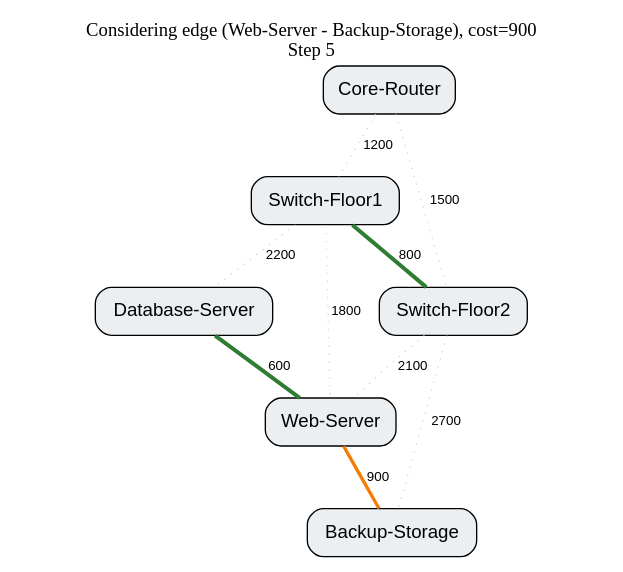
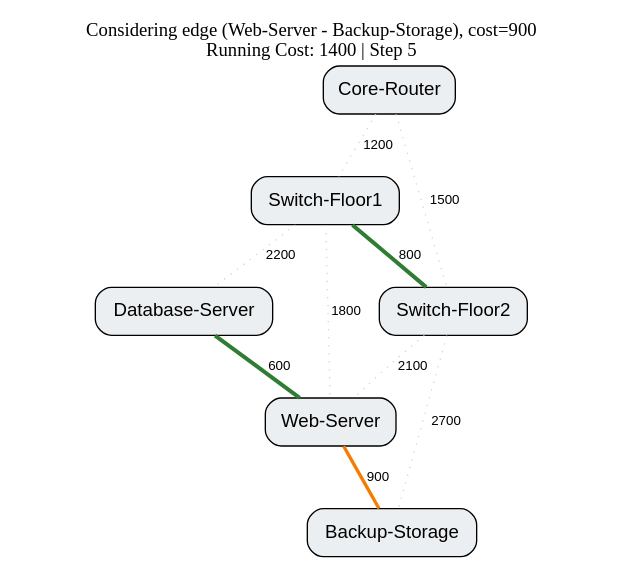
Before and after one commit to bariiqmalik/netopt: the diagram in docs/results/replay_frames/frame_005.dot, drawn with Graphviz. The commit also changed 64 other files, not shown here.

Commit message:
fix(replay): self-contained rendered HTML with graceful Graphviz fallback

```diff
--- a/docs/results/replay_frames/frame_005.dot
+++ b/docs/results/replay_frames/frame_005.dot
@@ -1,23 +1,23 @@
 graph Frame {
-  label="Considering edge (Web-Server - Backup-Storage), cost=900\nStep 5";
+  label="Considering edge (Web-Server - Backup-Storage), cost=900\nRunning Cost: 1400 | Step 5";
   labelloc="t";
   node [shape=box, style="filled,rounded", fillcolor="#ECEFF1", fontname="Helvetica"];
   edge [fontname="Helvetica", fontsize=10];
 
   1 [label="Core-Router"];
   2 [label="Switch-Floor1"];
   3 [label="Switch-Floor2"];
   4 [label="Database-Server"];
   5 [label="Web-Server"];
   6 [label="Backup-Storage"];
 
   1 -- 2 [label="1200", color="#CFD8DC", style="dotted"];
   1 -- 3 [label="1500", color="#CFD8DC", style="dotted"];
   2 -- 3 [label="800", color="#2E7D32", penwidth=3.0];
   2 -- 4 [label="2200", color="#CFD8DC", style="dotted"];
   2 -- 5 [label="1800", color="#CFD8DC", style="dotted"];
   3 -- 5 [label="2100", color="#CFD8DC", style="dotted"];
   3 -- 6 [label="2700", color="#CFD8DC", style="dotted"];
   4 -- 5 [label="600", color="#2E7D32", penwidth=3.0];
   5 -- 6 [label="900", color="#F57C00", penwidth=2.5];
 }
```
